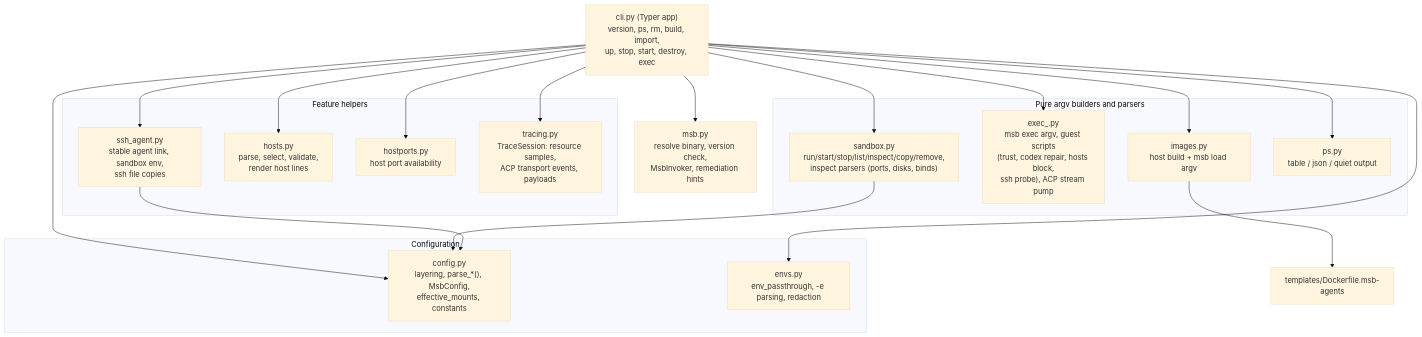
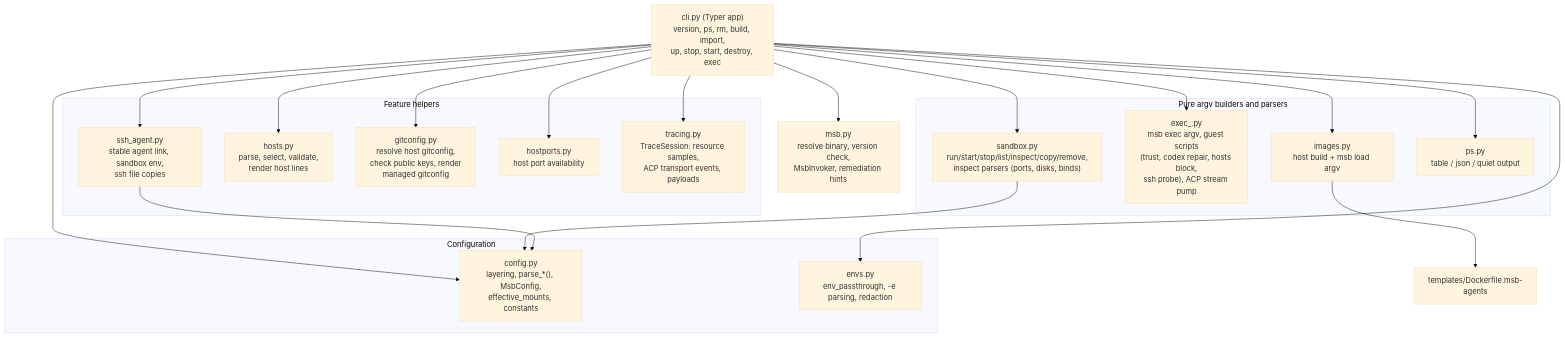
One commit to Embedded-Focus/agent-circus changed the third of 7 diagrams in ARCHITECTURE.md. Above: the diagram before and after it, drawn with Mermaid (base theme). The commit also changed other lines of this file and 8 other files, not shown here.

````diff
--- a/ARCHITECTURE.md
+++ b/ARCHITECTURE.md
@@ -170,34 +170,35 @@
 ```mermaid
 flowchart TB
     cli["cli.py (Typer app)<br/>version, ps, rm, build, import,<br/>up, stop, start, destroy, exec"]
 
     subgraph cfg["Configuration"]
         config["config.py<br/>layering, parse_*(), MsbConfig,<br/>effective_mounts, constants"]
         envs["envs.py<br/>env_passthrough, -e parsing, redaction"]
     end
 
     subgraph builders["Pure argv builders and parsers"]
         sandbox["sandbox.py<br/>run/start/stop/list/inspect/copy/remove,<br/>inspect parsers (ports, disks, binds)"]
         execb["exec_.py<br/>msb exec argv, guest scripts<br/>(trust, codex repair, hosts block,<br/>ssh probe), ACP stream pump"]
         images["images.py<br/>host build + msb load argv"]
         ps["ps.py<br/>table / json / quiet output"]
     end
 
     subgraph features["Feature helpers"]
         ssh["ssh_agent.py<br/>stable agent link, sandbox env,<br/>ssh file copies"]
         hosts["hosts.py<br/>parse, select, validate,<br/>render host lines"]
+        gitc["gitconfig.py<br/>resolve host gitconfig,<br/>check public keys, render<br/>managed gitconfig"]
         hostports["hostports.py<br/>host port availability"]
         tracing["tracing.py<br/>TraceSession: resource samples,<br/>ACP transport events, payloads"]
     end
 
     msb["msb.py<br/>resolve binary, version check,<br/>MsbInvoker, remediation hints"]
     tpl["templates/Dockerfile.msb-agents"]
 
     cli --> config & envs
     cli --> sandbox & execb & images & ps
-    cli --> ssh & hosts & hostports & tracing
+    cli --> ssh & hosts & hostports & tracing & gitc
     cli --> msb
     images --> tpl
     sandbox --> config
     ssh --> config
 ```
````
